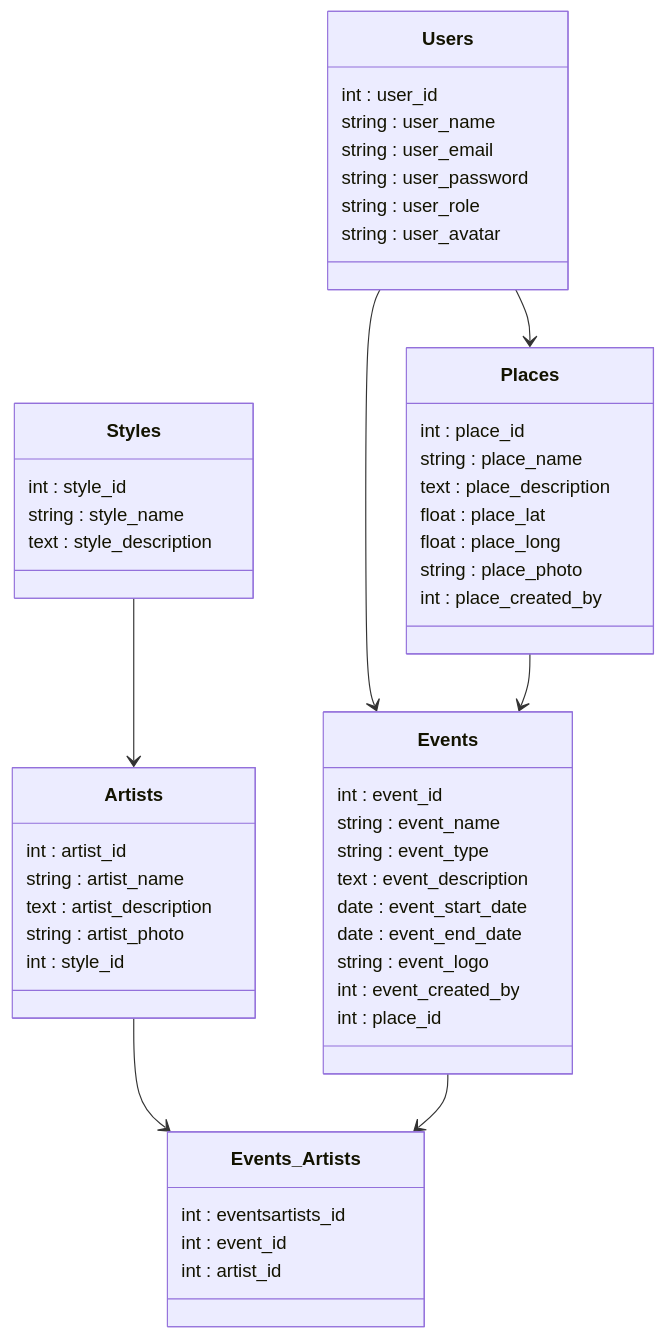
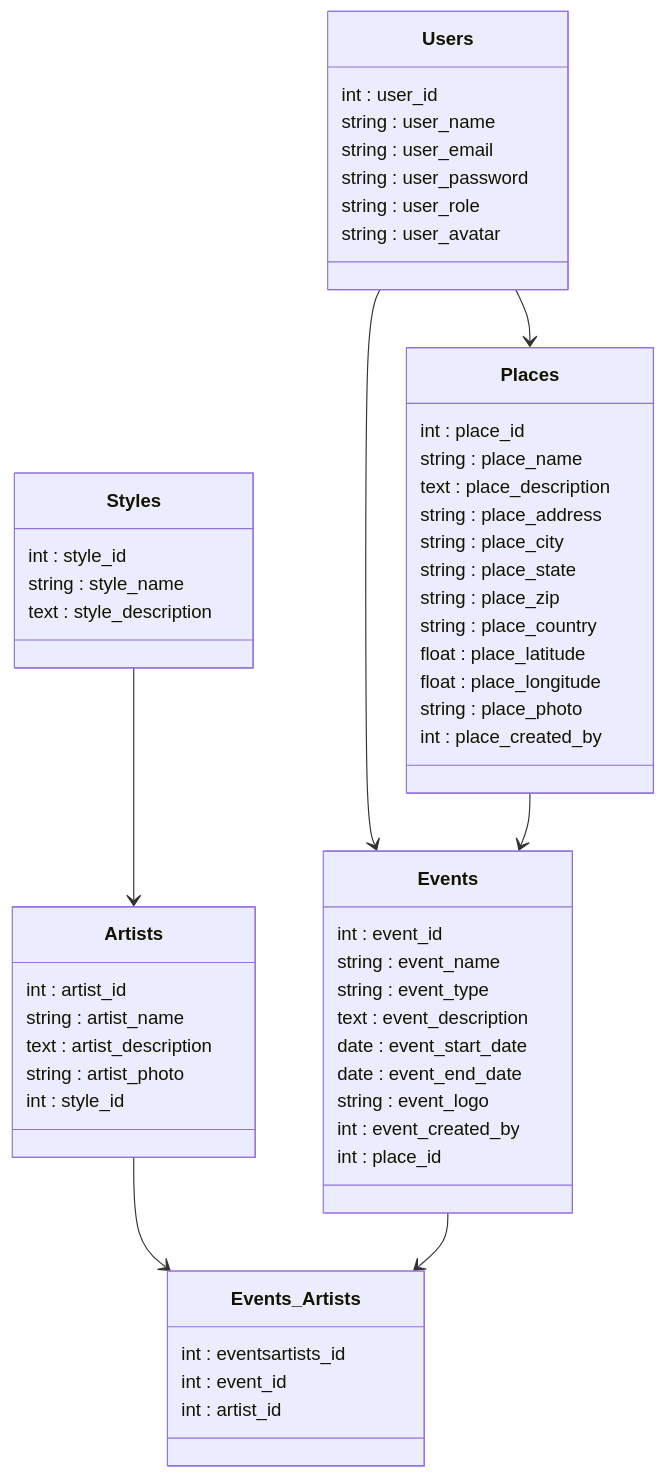
One commit to kManceau/BeatMap_API changed the diagram in README.md. Above: the diagram before and after it, drawn with Mermaid. The commit also changed 1 other file, not shown here.

Commit message:
Created Style Model

````diff
--- a/README.md
+++ b/README.md
@@ -5,54 +5,59 @@
 ```mermaid
 classDiagram
     class Users{
         int : user_id
         string : user_name
         string : user_email
         string : user_password
         string : user_role
         string : user_avatar
     }
     class Places{
         int : place_id
         string : place_name
         text : place_description
-        float : place_lat
-        float : place_long
+        string : place_address
+        string : place_city
+        string : place_state
+        string : place_zip
+        string : place_country
+        float : place_latitude
+        float : place_longitude
         string : place_photo
         int : place_created_by
     }
     class Events {
         int : event_id
         string : event_name
         string : event_type
         text : event_description
         date : event_start_date
         date : event_end_date
         string : event_logo
         int : event_created_by
         int : place_id
     }
     class Artists {
         int : artist_id
         string : artist_name
         text : artist_description
         string : artist_photo
         int : style_id
     }
     class Events_Artists{
         int : eventsartists_id
         int : event_id
         int : artist_id
     }
     class Styles{
         int : style_id
         string : style_name
         text : style_description
     }
     Users --> Events
     Users --> Places
     Places --> Events
     Styles --> Artists
     Artists --> Events_Artists
     Events --> Events_Artists
 ```
````
